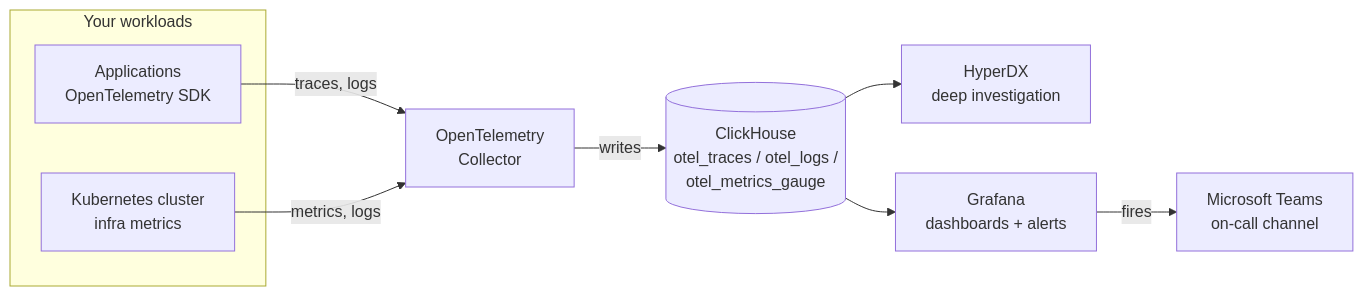
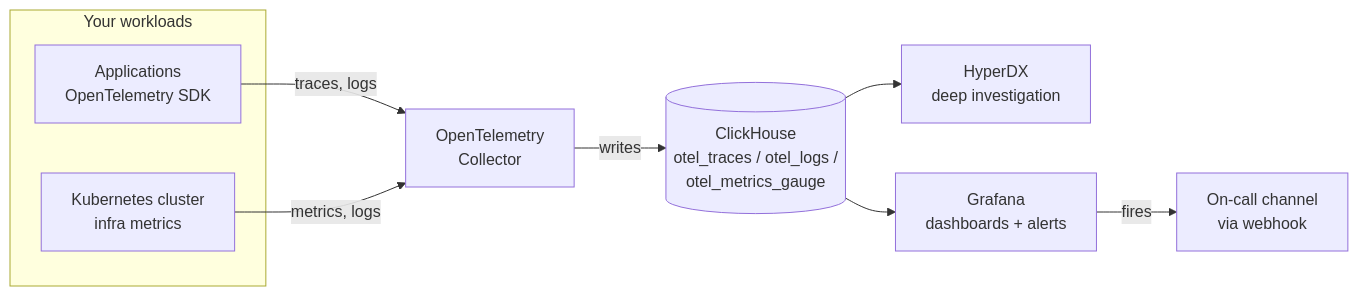
One commit to Cameron-Bayer/AldoTel-HyperDX-Templates changed the first of 2 diagrams in grafana/OVERVIEW.md. Above: the diagram before and after it, drawn with Mermaid. The commit also changed other lines of this file and 16 other files, not shown here.

First line of the commit message:
Remove Microsoft Teams as the default alert channel; use a generic webhook

````diff
--- a/grafana/OVERVIEW.md
+++ b/grafana/OVERVIEW.md
@@ -46,13 +46,13 @@
 ```mermaid
 flowchart LR
     subgraph Sources["Your workloads"]
         A[Applications<br/>OpenTelemetry SDK]
         K[Kubernetes cluster<br/>infra metrics]
     end
     A -->|traces, logs| C[OpenTelemetry<br/>Collector]
     K -->|metrics, logs| C
     C -->|writes| CH[(ClickHouse<br/>otel_traces / otel_logs /<br/>otel_metrics_gauge)]
     CH --> HDX[HyperDX<br/>deep investigation]
     CH --> GRAF[Grafana<br/>dashboards + alerts]
-    GRAF -->|fires| TEAMS[Microsoft Teams<br/>on-call channel]
+    GRAF -->|fires| NOTIFY[On-call channel<br/>via webhook]
 ```
````
